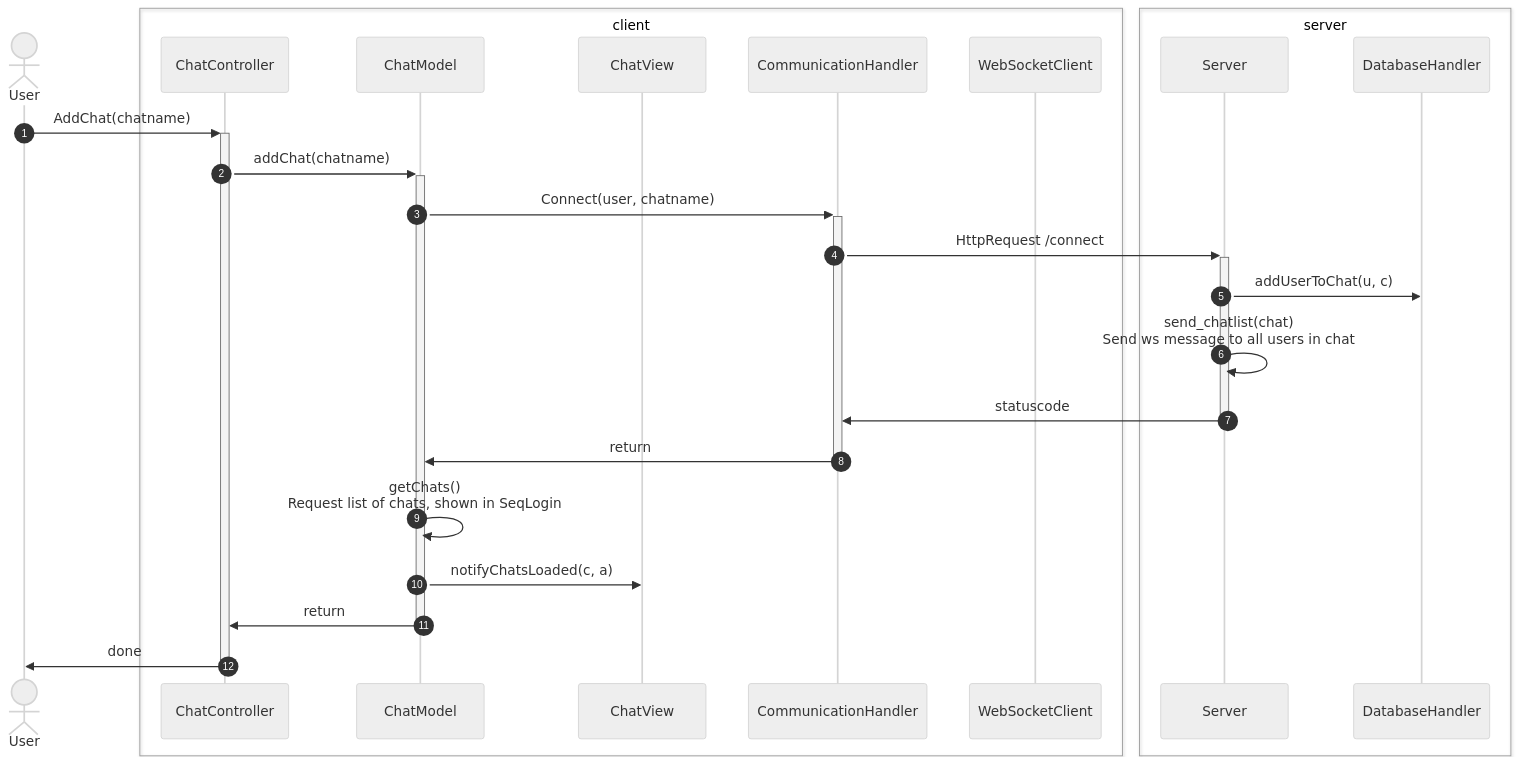
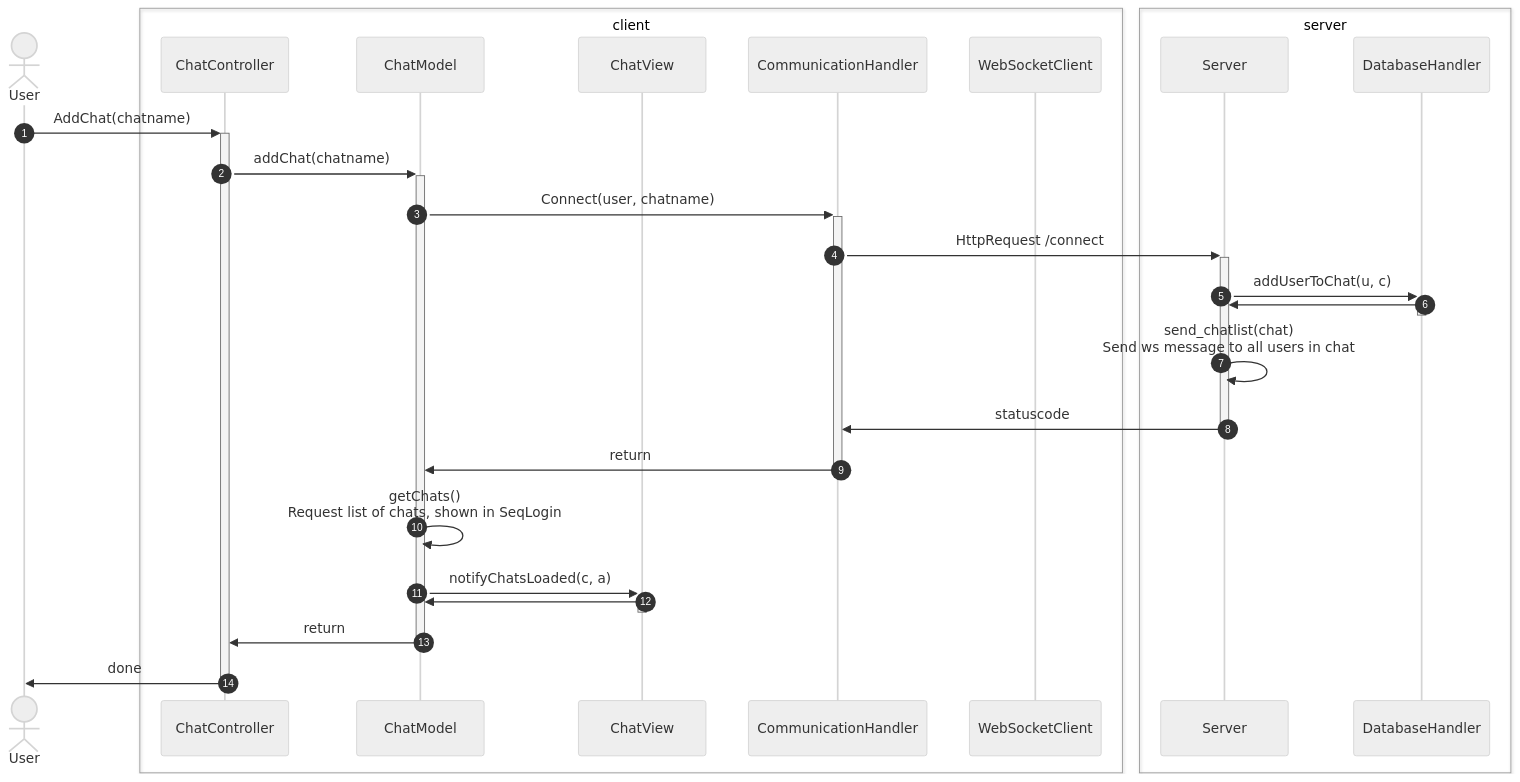
Before and after one commit to Anaemix/OOA_grupp9: the diagram in SeqJoinEnter.mmd, drawn with Mermaid (neutral theme). The commit also changed 5 other files, not shown here.

Commit message:
updated sequence diagram

```diff
--- a/SeqJoinEnter.mmd
+++ b/SeqJoinEnter.mmd
@@ -1,26 +1,28 @@
 sequenceDiagram
     autonumber
     Actor U as User
     box client
         Participant C as ChatController
         Participant M as ChatModel
         Participant V as ChatView
         Participant Com as CommunicationHandler
         Participant web as WebSocketClient
     end
     box server
         Participant S as Server
         Participant DB as DatabaseHandler
     end
     U->>+C: AddChat(chatname)
         C->>+M: addChat(chatname)
             M->>+Com: Connect(user, chatname)
                 Com->>+S: HttpRequest /connect
-                    S->>DB: addUserToChat(u, c)
+                    S->>+DB: addUserToChat(u, c)
+                    DB->>-S:
                     S->>S: send_chatlist(chat)<br>Send ws message to all users in chat
                 S->>-Com: statuscode
             Com->>-M: return
             M->>M: getChats()<br>Request list of chats, shown in SeqLogin
-            M->>V: notifyChatsLoaded(c, a)
+            M->>+V: notifyChatsLoaded(c, a)
+            V->>-M: 
         M->>-C: return
     C->>-U: done
```
